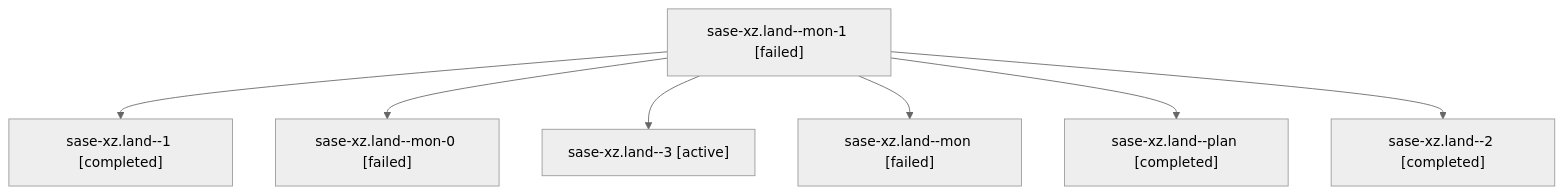
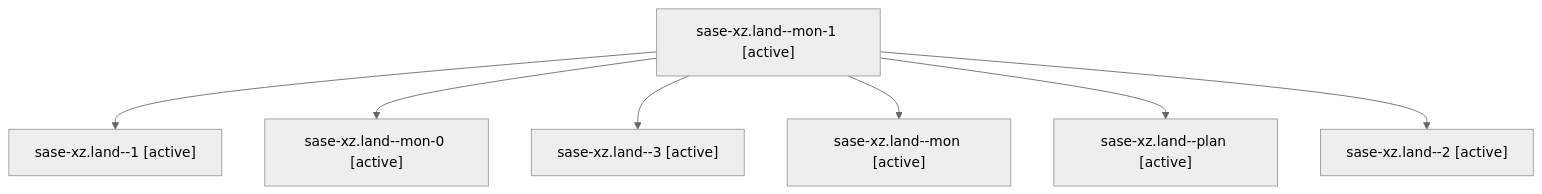
Before and after one commit to sase-org/sase--agents: the diagram in families/bbugyi200.athena.sase-xz.land.md, drawn with Mermaid (neutral theme). The commit also changed other lines of this file and 35830 other files, not shown here.

````diff
--- a/families/bbugyi200.athena.sase-xz.land.md
+++ b/families/bbugyi200.athena.sase-xz.land.md
@@ -9,16 +9,16 @@
 ```mermaid
 flowchart TD
-  n0["sase-xz.land--mon-1 [failed]"]
-  n1["sase-xz.land--1 [completed]"]
+  n0["sase-xz.land--mon-1 [active]"]
+  n1["sase-xz.land--1 [active]"]
   n0 --> n1
-  n2["sase-xz.land--mon-0 [failed]"]
+  n2["sase-xz.land--mon-0 [active]"]
   n0 --> n2
   n3["sase-xz.land--3 [active]"]
   n0 --> n3
-  n4["sase-xz.land--mon [failed]"]
+  n4["sase-xz.land--mon [active]"]
   n0 --> n4
-  n5["sase-xz.land--plan [completed]"]
+  n5["sase-xz.land--plan [active]"]
   n0 --> n5
-  n6["sase-xz.land--2 [completed]"]
+  n6["sase-xz.land--2 [active]"]
   n0 --> n6
 ```
````
